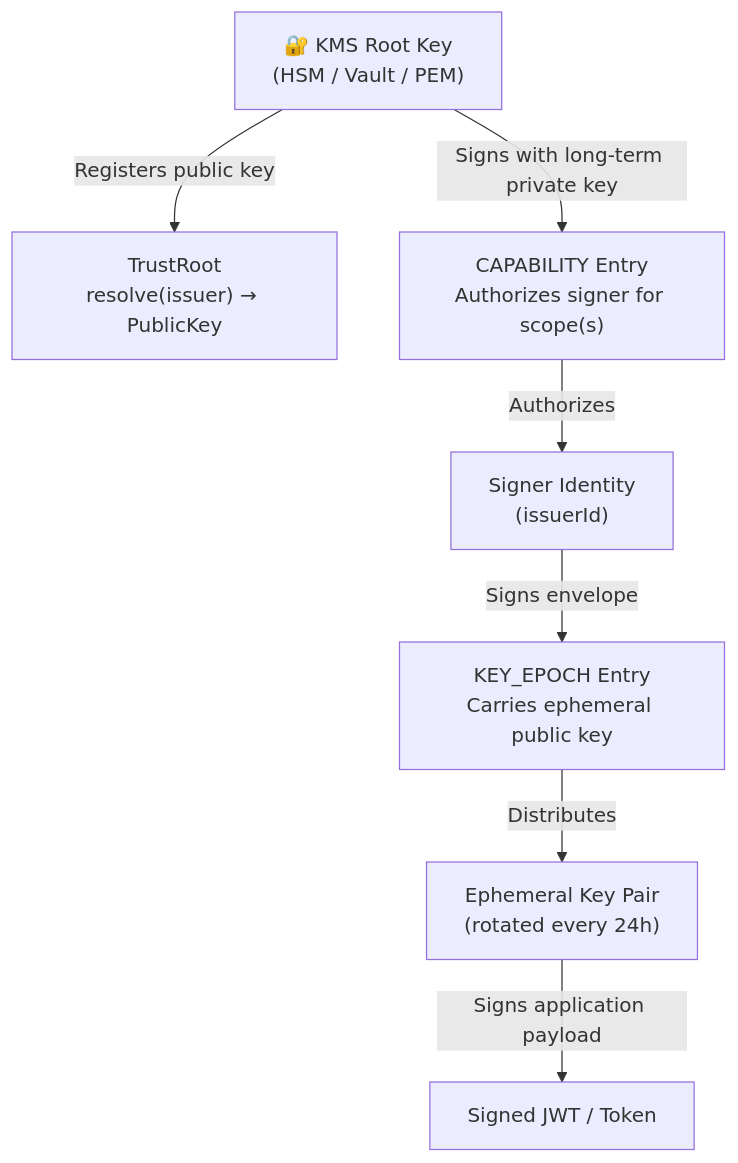
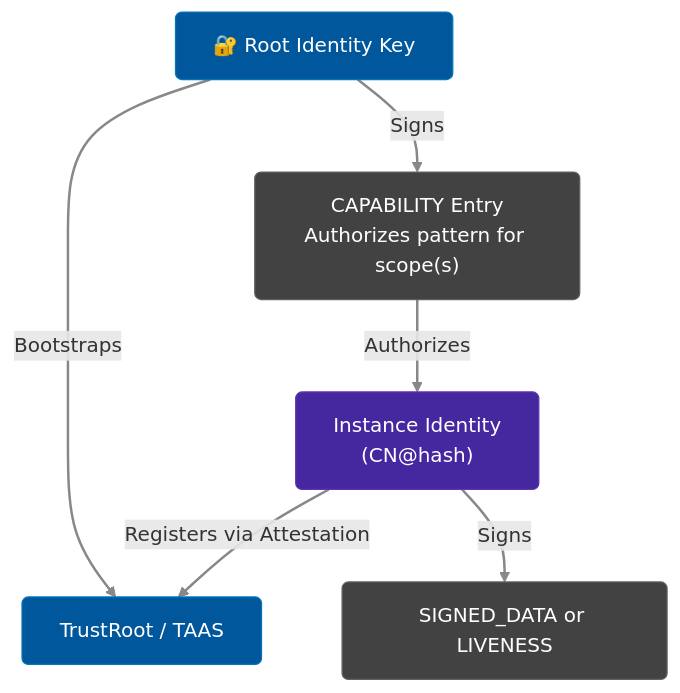
Before and after one commit to cyfko/veridot: the diagram in docs/docs/architecture/trust-hierarchy.md, drawn with Mermaid. The commit also changed other lines of this file and 84 other files, not shown here.

Commit message:
docs: complete Protocol V5 documentation rewrite (including premium diagrams)

````diff
--- a/docs/docs/architecture/trust-hierarchy.md
+++ b/docs/docs/architecture/trust-hierarchy.md
@@ -16,18 +14,26 @@
 ```mermaid
 graph TD
-    KMS["🔐 KMS Root Key<br/>(HSM / Vault / PEM)"]
-    TR["TrustRoot<br/>resolve(issuer) → PublicKey"]
-    CAP["CAPABILITY Entry<br/>Authorizes signer for scope(s)"]
-    SID["Signer Identity<br/>(issuerId)"]
-    KE["KEY_EPOCH Entry<br/>Carries ephemeral public key"]
-    EPH["Ephemeral Key Pair<br/>(rotated every 24h)"]
-    JWT["Signed JWT / Token"]
 
-    KMS -->|"Registers public key"| TR
-    KMS -->|"Signs with long-term private key"| CAP
+    %% Premium Theme
+    linkStyle default stroke:#888888,stroke-width:2px;
+    classDef default fill:#424242,stroke:#616161,stroke-width:1px,color:#fff,rx:5px,ry:5px;
+    classDef service fill:#4527a0,stroke:#5e35b1,stroke-width:1px,color:#fff,rx:5px,ry:5px;
+    classDef broker fill:#004d40,stroke:#00695c,stroke-width:1px,color:#fff,rx:5px,ry:5px;
+    classDef db fill:#bf360c,stroke:#d84315,stroke-width:1px,color:#fff,rx:5px,ry:5px;
+    classDef taas fill:#01579b,stroke:#0277bd,stroke-width:1px,color:#fff,rx:5px,ry:5px;
+
+    KMS["🔐 Root Identity Key"]
+    TR["TrustRoot / TAAS"]
+    CAP["CAPABILITY Entry<br/>Authorizes pattern for scope(s)"]
+    SID["Instance Identity<br/>(CN@hash)"]
+    ENV["SIGNED_DATA or LIVENESS"]
+
+    KMS -->|"Bootstraps"| TR
+    KMS -->|"Signs"| CAP
     CAP -->|"Authorizes"| SID
-    SID -->|"Signs envelope"| KE
-    KE -->|"Distributes"| EPH
-    EPH -->|"Signs application payload"| JWT
+    SID -->|"Registers via Attestation"| TR
+    SID -->|"Signs"| ENV
+    class SID service;
+    class TR,KMS taas;
 
 ```
````
